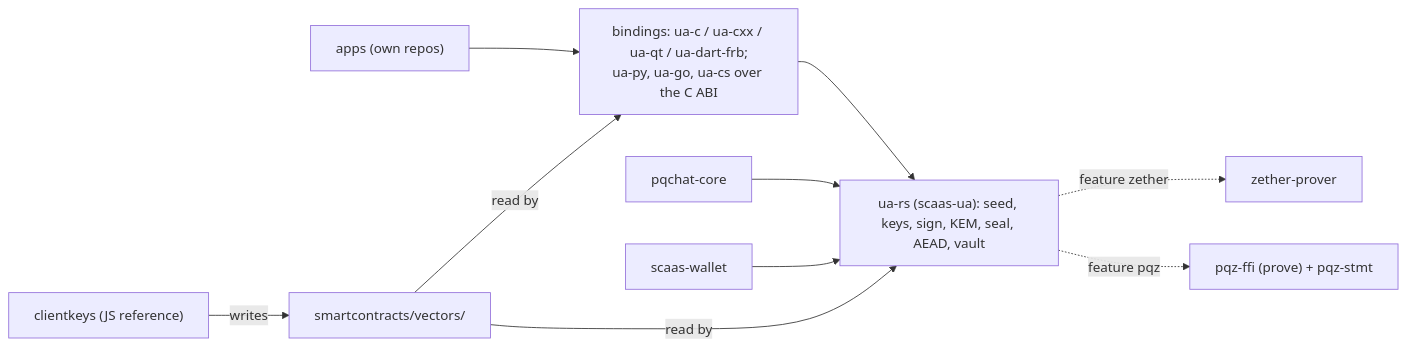
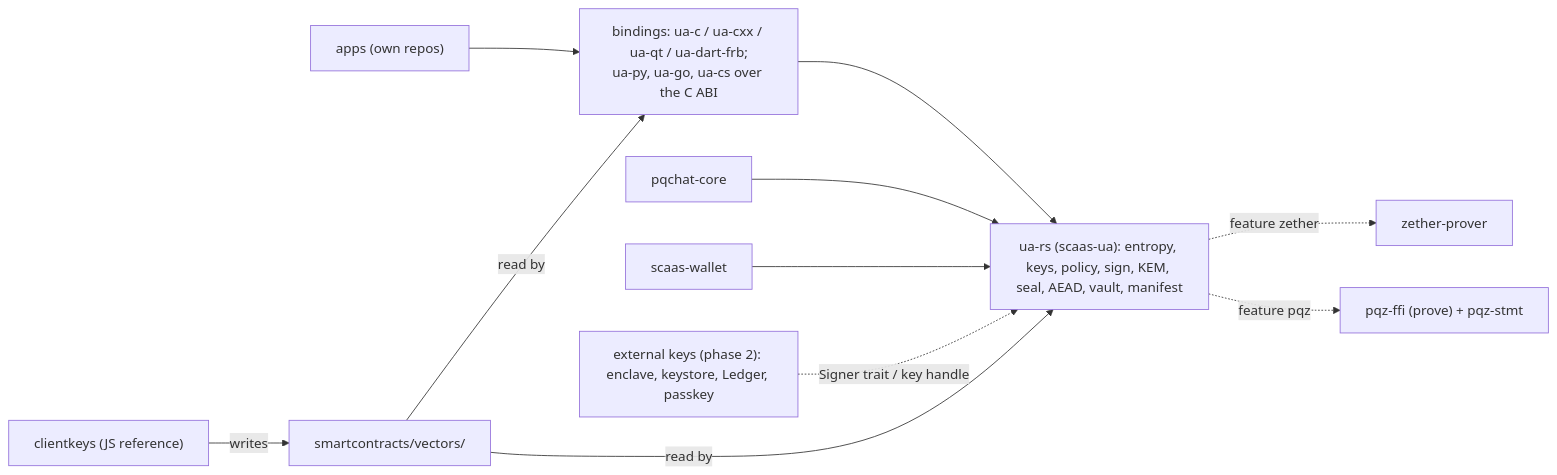
The diagram in docs/superpowers/specs/2026-11-05-ua-rs-sign.md (dinhduongha/scaas), drawn with Mermaid before and after one commit. The commit also changed other lines of this file, not shown here.

First line of the commit message:
ua-rs-sign spec: revised after the Fable counter-review (owner 2026-11-05)

````diff
--- a/docs/superpowers/specs/2026-11-05-ua-rs-sign.md
+++ b/docs/superpowers/specs/2026-11-05-ua-rs-sign.md
@@ -43,12 +53,13 @@
 ```mermaid
 flowchart LR
   APP["apps (own repos)"] --> B["bindings: ua-c / ua-cxx / ua-qt / ua-dart-frb;<br/>ua-py, ua-go, ua-cs over the C ABI"]
-  B --> UA["ua-rs (scaas-ua): seed, keys, sign, KEM, seal, AEAD, vault"]
+  B --> UA["ua-rs (scaas-ua): entropy, keys, policy, sign, KEM, seal, AEAD, vault, manifest"]
   PC["pqchat-core"] --> UA
   W["scaas-wallet"] --> UA
+  X["external keys (phase 2): enclave, keystore, Ledger, passkey"] -. "Signer trait / key handle" .-> UA
   UA -. "feature zether" .-> Z["zether-prover"]
   UA -. "feature pqz" .-> P["pqz-ffi (prove) + pqz-stmt"]
   CK["clientkeys (JS reference)"] -- "writes" --> V["smartcontracts/vectors/"]
   V -- "read by" --> UA
   V -- "read by" --> B
 ```
````
